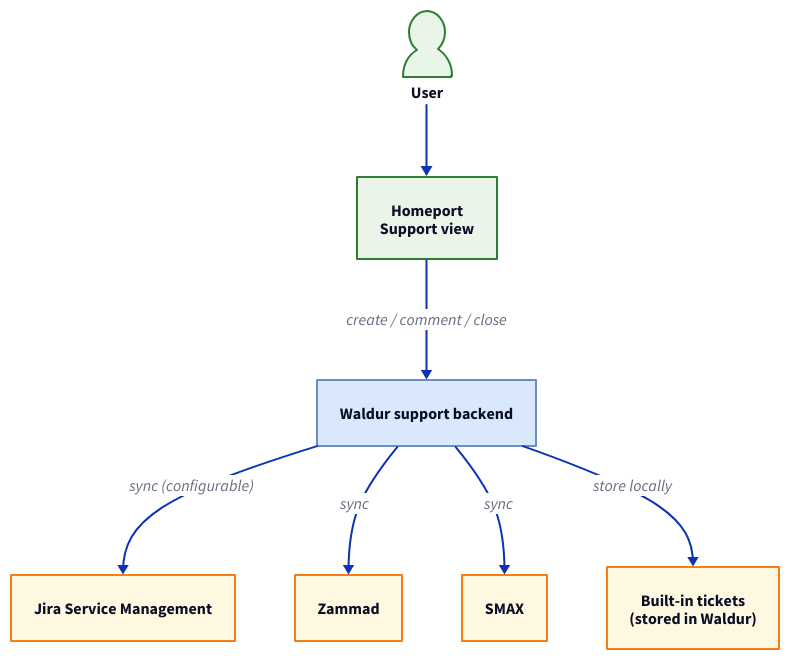
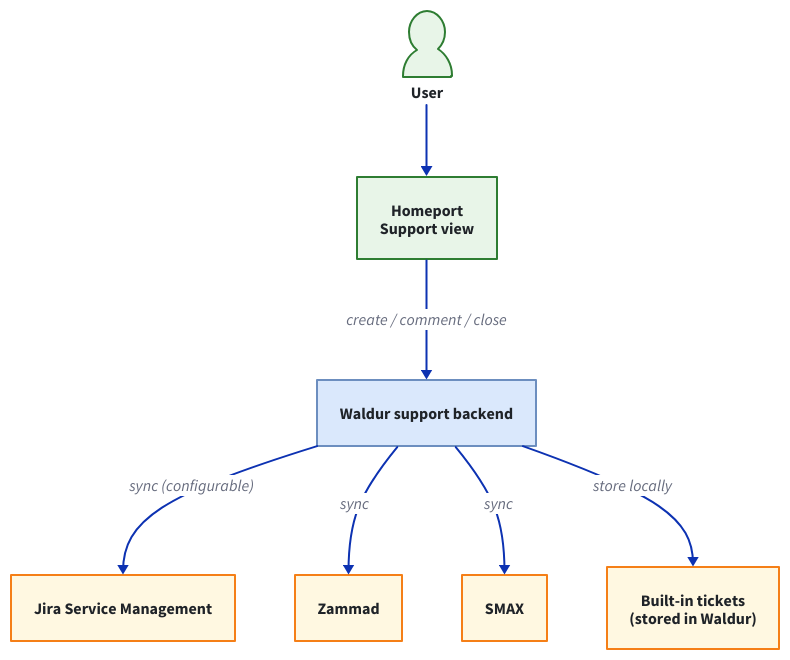
One commit to waldur/waldur-docs changed the diagram in docs/about/concepts/support.md. Above: the diagram before and after it, drawn with D2. The commit also changed 51 other files, not shown here.

Commit message:
Group docs navigation into reader-task tabs, fix dead links and unreadable diagrams [#30] [#31]

````diff
--- a/docs/about/concepts/support.md
+++ b/docs/about/concepts/support.md
@@ -9,25 +9,25 @@
 ```d2
 direction: down
 classes: {
-  ui:      { style: { fill: "#e8f5e8"; stroke: "#2e7d32" } }
-  waldur:  { style: { fill: "#dae8fc"; stroke: "#6c8ebf" } }
-  ext:     { style: { fill: "#fff8e1"; stroke: "#f57f17" } }
+  ui:      { style: { fill: "#e8f5e8"; font-color: "#1f2328"; stroke: "#2e7d32" } }
+  waldur:  { style: { fill: "#dae8fc"; font-color: "#1f2328"; stroke: "#6c8ebf" } }
+  ext:     { style: { fill: "#fff8e1"; font-color: "#1f2328"; stroke: "#f57f17" } }
 }
 
 user: User { class: ui; shape: person }
 homeport: Homeport\nSupport view { class: ui }
 
 waldur_support: Waldur support backend { class: waldur }
 
 jira: Jira Service Management { class: ext }
 zammad: Zammad { class: ext }
 smax: SMAX { class: ext }
 builtin: Built-in tickets\n(stored in Waldur) { class: ext }
 
 user -> homeport
 homeport -> waldur_support: create / comment / close
 waldur_support -> jira: sync (configurable)
 waldur_support -> zammad: sync
 waldur_support -> smax: sync
 waldur_support -> builtin: store locally
 ```
````
